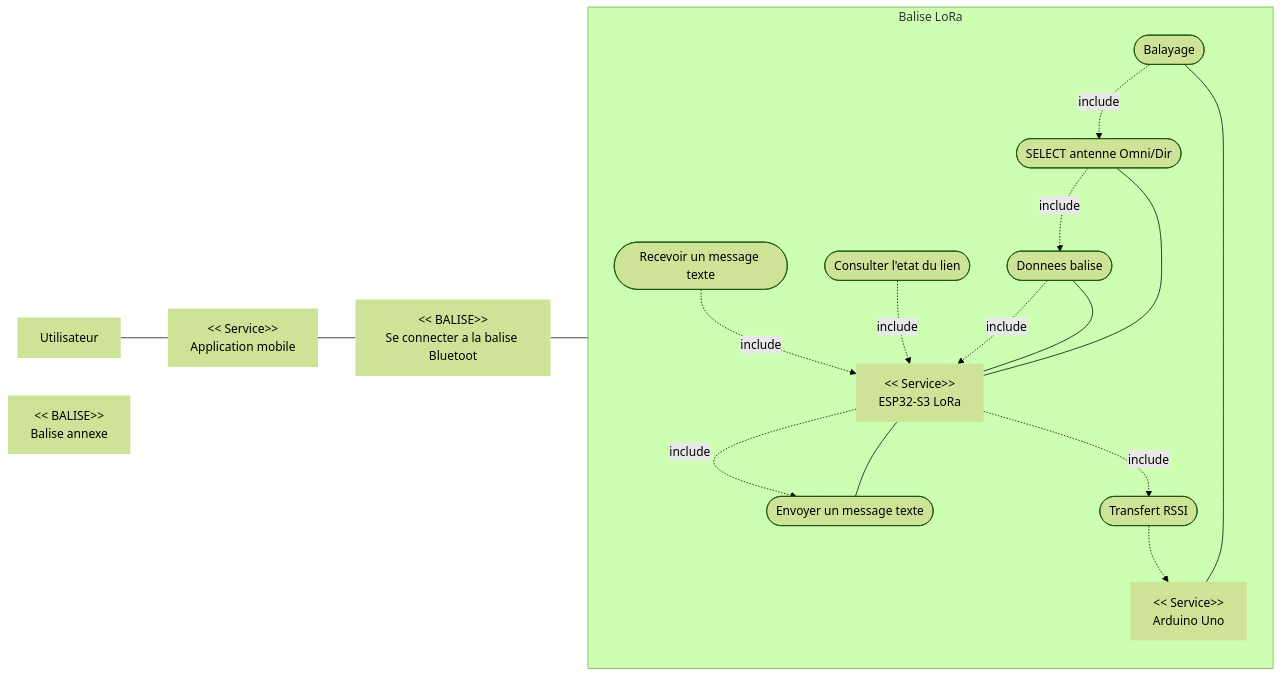
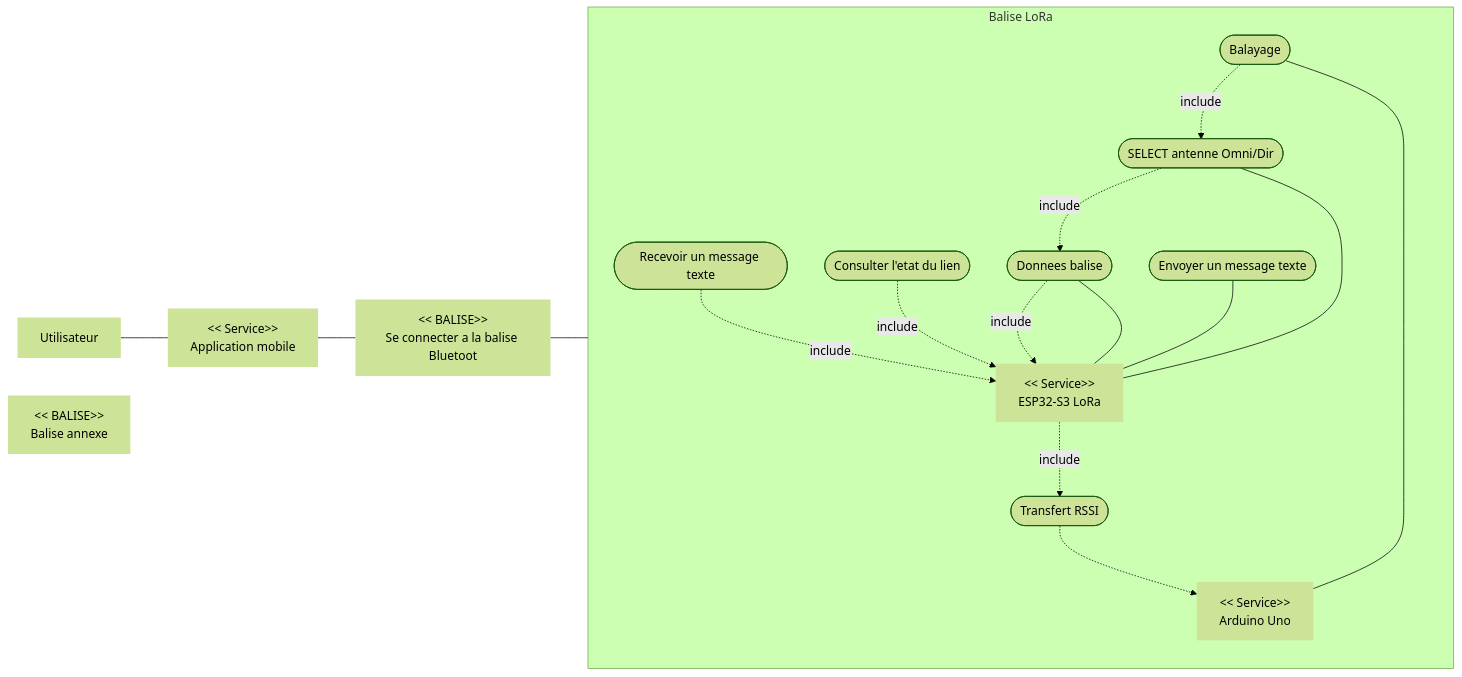
The first of 7 diagrams in Diagrammes_SysML_Projet_LoRa.md (SHU445/Projet-LoRa-72h), drawn with Mermaid (forest theme) before and after one commit.

Commit message:
"CorrectUseCase3.8"

````diff
--- a/Diagrammes_SysML_Projet_LoRa.md
+++ b/Diagrammes_SysML_Projet_LoRa.md
@@ -12,41 +12,40 @@
 ```mermaid
 flowchart LR
   rU["Utilisateur"]:::role
   rAPP["<< Service>>\nApplication mobile"]:::role
   rESP["<< Service>>\nESP32-S3 LoRa"]:::role
   rARD["<< Service>>\nArduino Uno"]:::role
   rCONN["<< BALISE>>\nSe connecter a la balise Bluetoot"]:::role
 
   rOTB["<< BALISE>>\nBalise annexe"]:::role
 
   subgraph S["Balise LoRa"]
     direction TB
     ucSend([Envoyer un message texte])
     ucReceive([Recevoir un message texte])
     ucStatus([Consulter l'etat du lien])
     ucData([Donnees balise])
     ucSelectAntenna([SELECT antenne Omni/Dir])
     ucScan([Balayage])
     ucRssi([Transfert RSSI])
 
-    rESP -. include .-> ucSend
     ucReceive -. include .-> rESP
     ucStatus -. include .-> rESP
     ucData -. include .-> rESP
     ucSelectAntenna -. include .-> ucData
     ucScan -. include .-> ucSelectAntenna
     rESP -. include .-> ucRssi .-> rARD
   end
 
   rU --- rAPP
   rAPP --- rCONN
   rCONN --- rESP
 
   ucSend --- rESP
   ucData --- rESP
   ucSelectAntenna --- rESP
 
   ucScan --- rARD
 
   classDef role stroke-width:0px;
 ```
````
